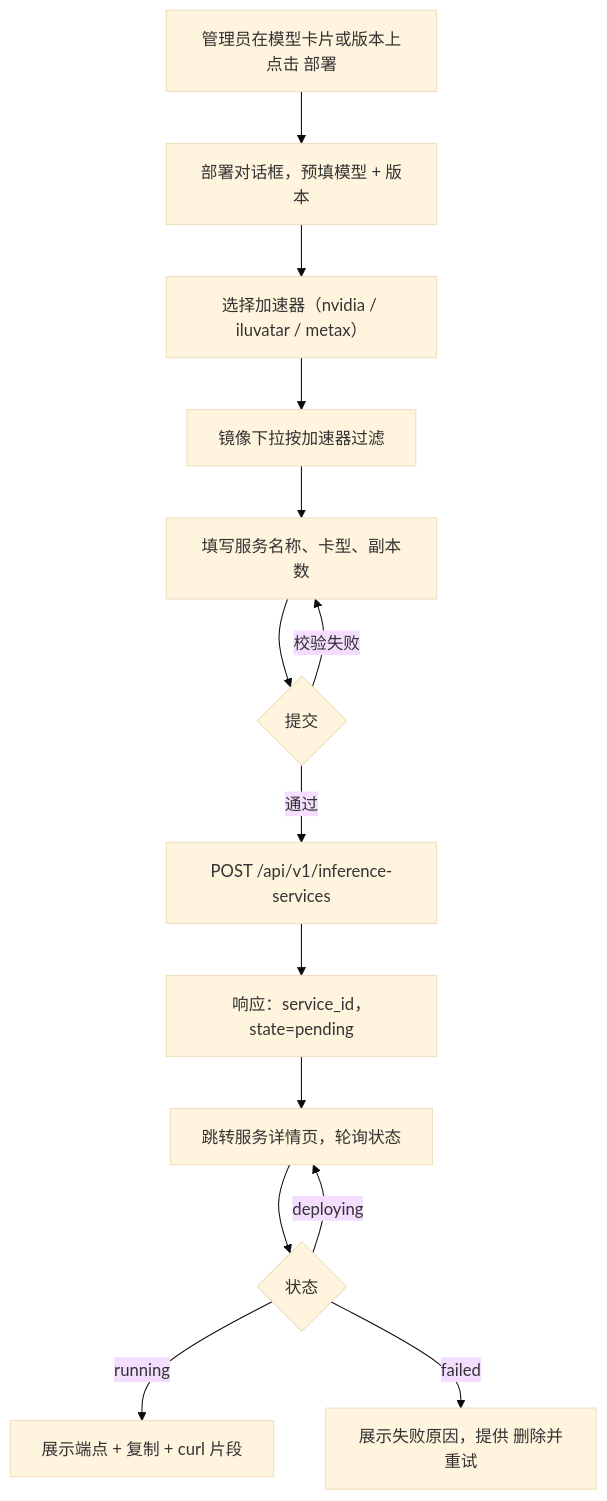
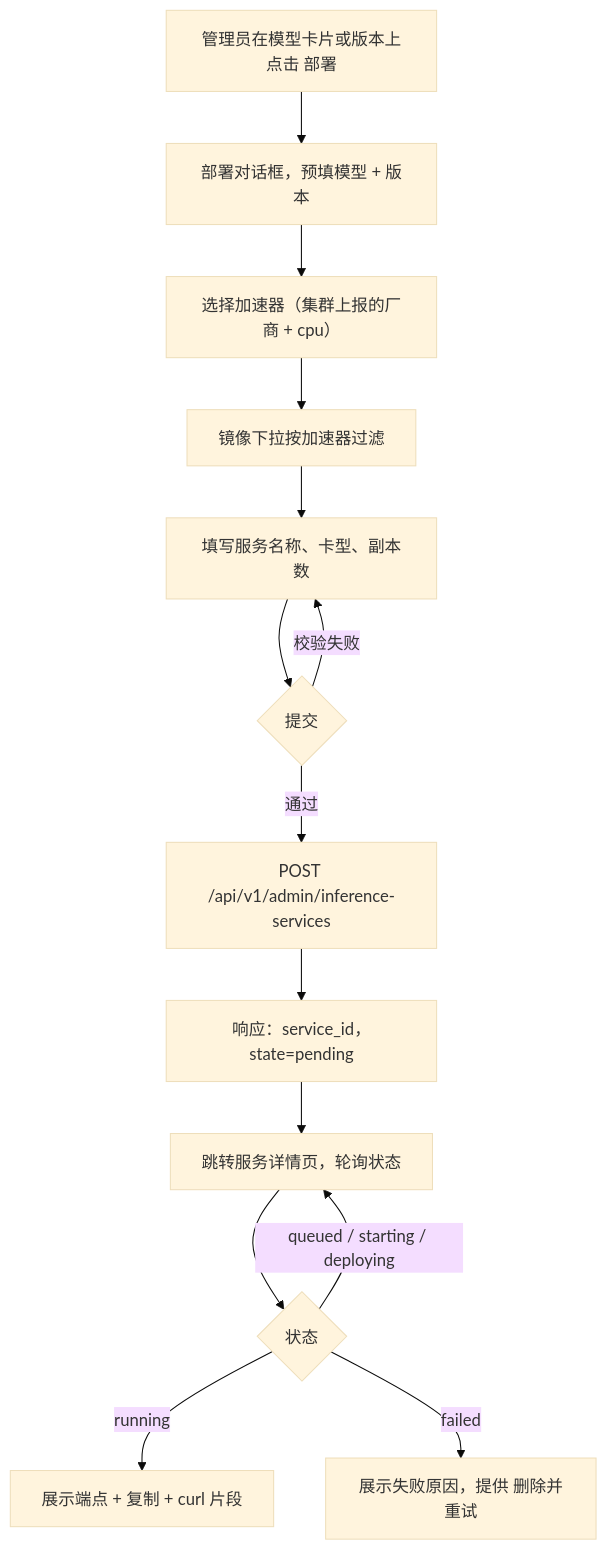
Before and after one commit to go-taas/go-taas: the second of 4 diagrams in site/docs/design/model-catalog-deployment.zh-cn.md, drawn with Mermaid (base theme). The commit also changed other lines of this file and 41 other files, not shown here.

````diff
--- a/site/docs/design/model-catalog-deployment.zh-cn.md
+++ b/site/docs/design/model-catalog-deployment.zh-cn.md
@@ -174,16 +174,16 @@
 ```mermaid
 flowchart TD
     A["管理员在模型卡片或版本上点击 部署"] --> B["部署对话框，预填模型 + 版本"]
-    B --> C["选择加速器（nvidia / iluvatar / metax）"]
+    B --> C["选择加速器（集群上报的厂商 + cpu）"]
     C --> D["镜像下拉按加速器过滤"]
     D --> E["填写服务名称、卡型、副本数"]
     E --> F{提交}
     F -->|校验失败| E
-    F -->|通过| G["POST /api/v1/inference-services"]
+    F -->|通过| G["POST /api/v1/admin/inference-services"]
     G --> H["响应：service_id，state=pending"]
     H --> I["跳转服务详情页，轮询状态"]
     I --> J{状态}
-    J -->|deploying| I
+    J -->|queued / starting / deploying| I
     J -->|running| K["展示端点 + 复制 + curl 片段"]
     J -->|failed| L["展示失败原因，提供 删除并重试"]
 ```
````
